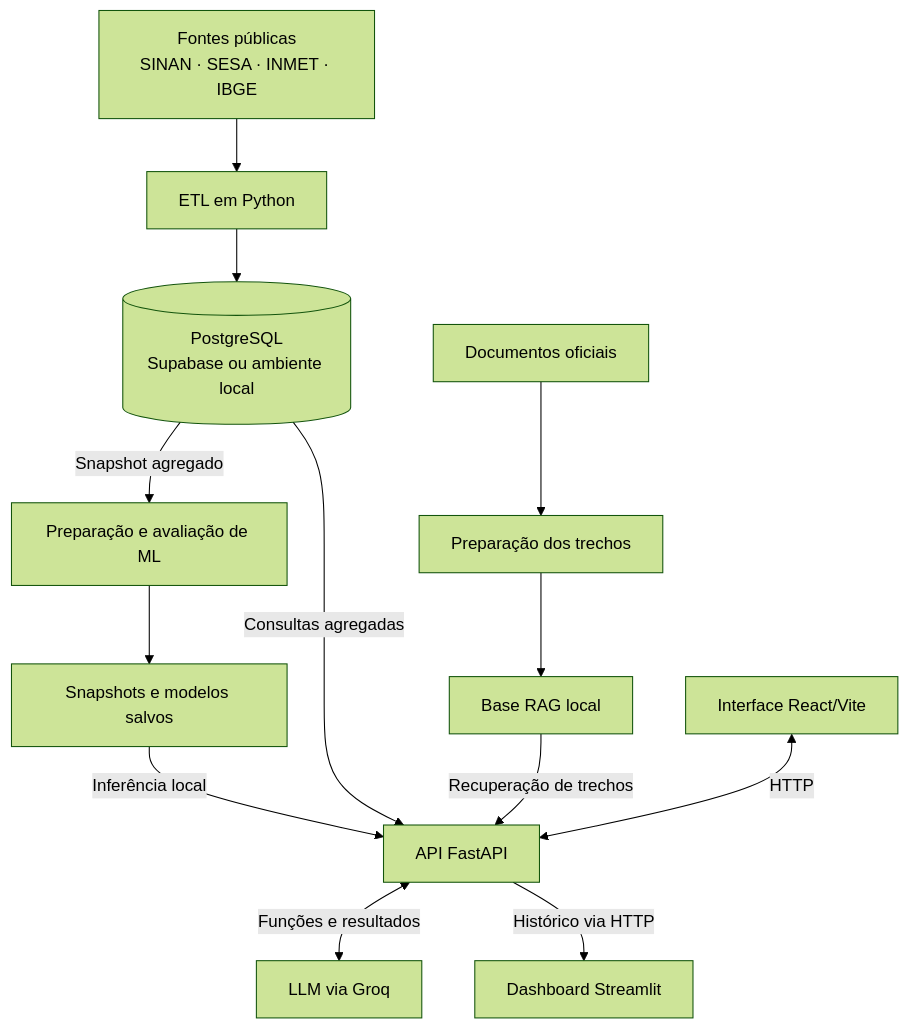
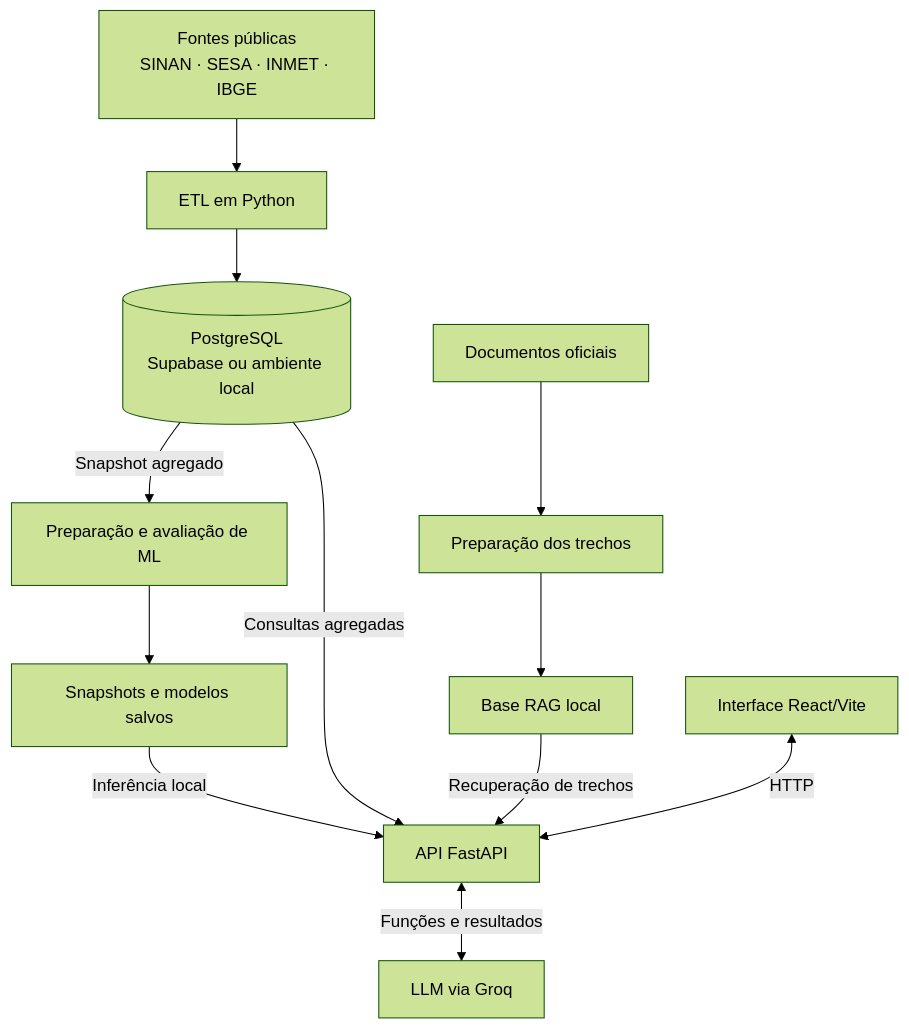
One commit to J-Emanoel/pi-iv-dengue-prev changed the diagram in README.md. Above: the diagram before and after it, drawn with Mermaid (forest theme). The commit also changed other lines of this file and 9 other files, not shown here.

````diff
--- a/README.md
+++ b/README.md
@@ -42,15 +41,14 @@
 ```mermaid
 flowchart TD
     FONTES["Fontes públicas<br/>SINAN · SESA · INMET · IBGE"] --> ETL["ETL em Python"]
     ETL --> BANCO[("PostgreSQL<br/>Supabase ou ambiente local")]
     BANCO -->|"Snapshot agregado"| ML["Preparação e avaliação de ML"]
     ML --> ARTEFATOS["Snapshots e modelos salvos"]
     ARTEFATOS -->|"Inferência local"| API["API FastAPI"]
     BANCO -->|"Consultas agregadas"| API
     DOCUMENTOS["Documentos oficiais"] --> PREPARACAO["Preparação dos trechos"]
     PREPARACAO --> RAG["Base RAG local"]
     RAG -->|"Recuperação de trechos"| API
     API <-->|"Funções e resultados"| GROQ["LLM via Groq"]
-    API -->|"Histórico via HTTP"| DASHBOARD["Dashboard Streamlit"]
     FRONTEND["Interface React/Vite"] <-->|"HTTP"| API
 ```
````
